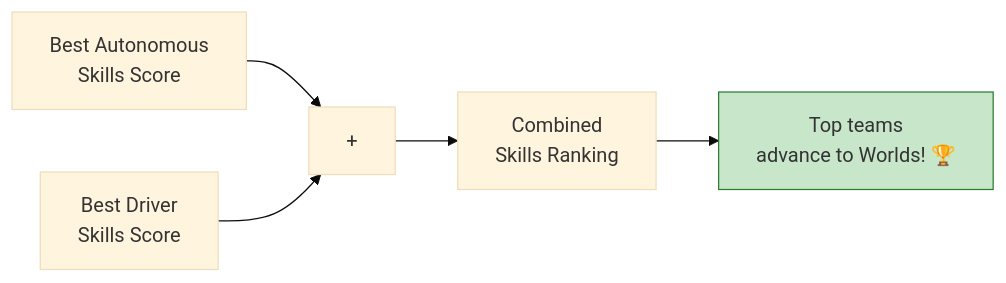
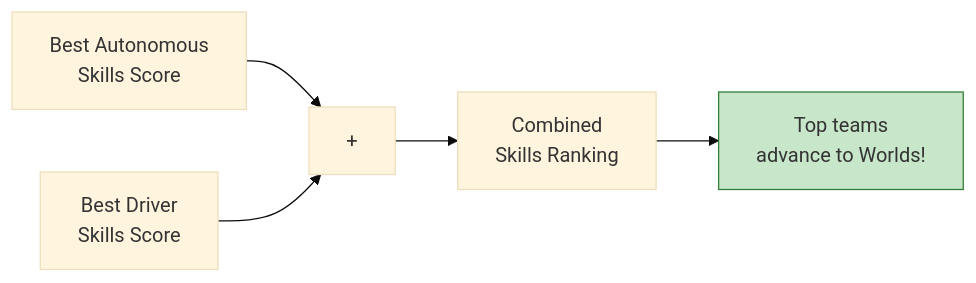
The second of 10 diagrams in docs/tutorials/07-advanced/03-skills-autonomous.md (anowarislam/vex-pushback), drawn with Mermaid (base theme) before and after one commit. The commit also changed other lines of this file and 16 other files, not shown here.

````diff
--- a/docs/tutorials/07-advanced/03-skills-autonomous.md
+++ b/docs/tutorials/07-advanced/03-skills-autonomous.md
@@ -78,9 +78,9 @@
 ```mermaid
 flowchart LR
     A["Best Autonomous\nSkills Score"] --> C["+"]
     B["Best Driver\nSkills Score"] --> C
     C --> D["Combined\nSkills Ranking"]
-    D --> E["Top teams\nadvance to Worlds! 🏆"]
+    D --> E["Top teams\nadvance to Worlds!"]
 
     style E fill:#c8e6c9,stroke:#2e7d32
 ```
````
